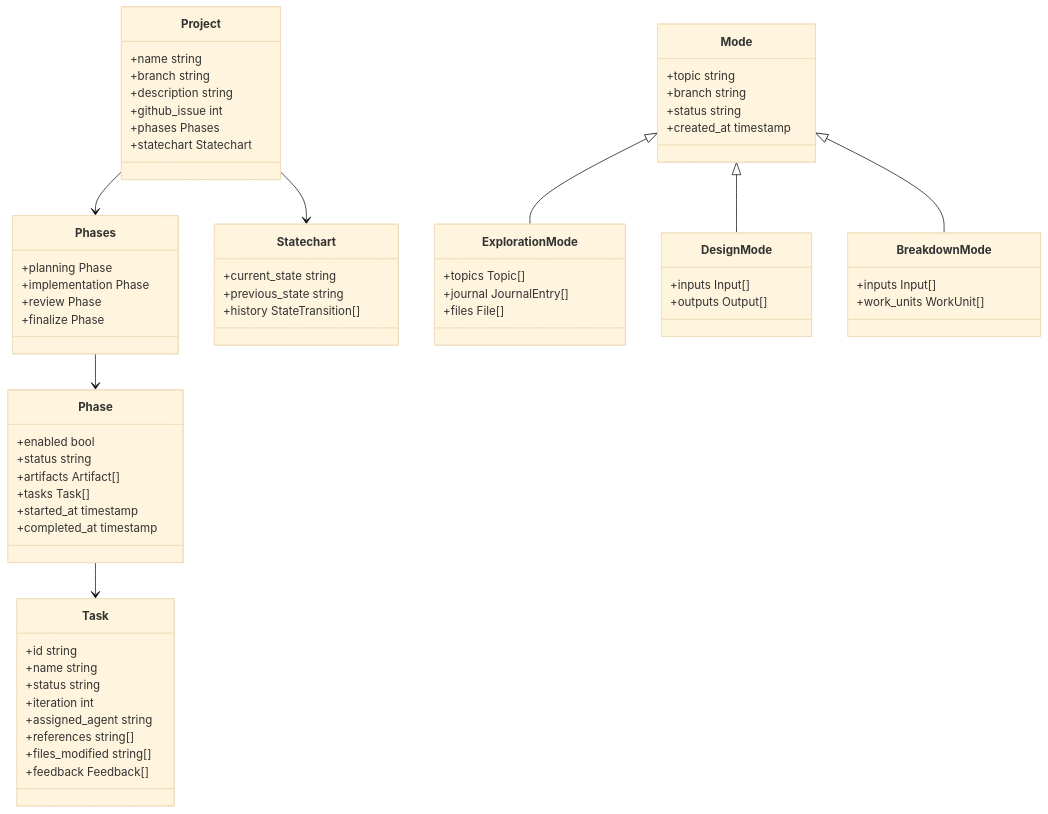
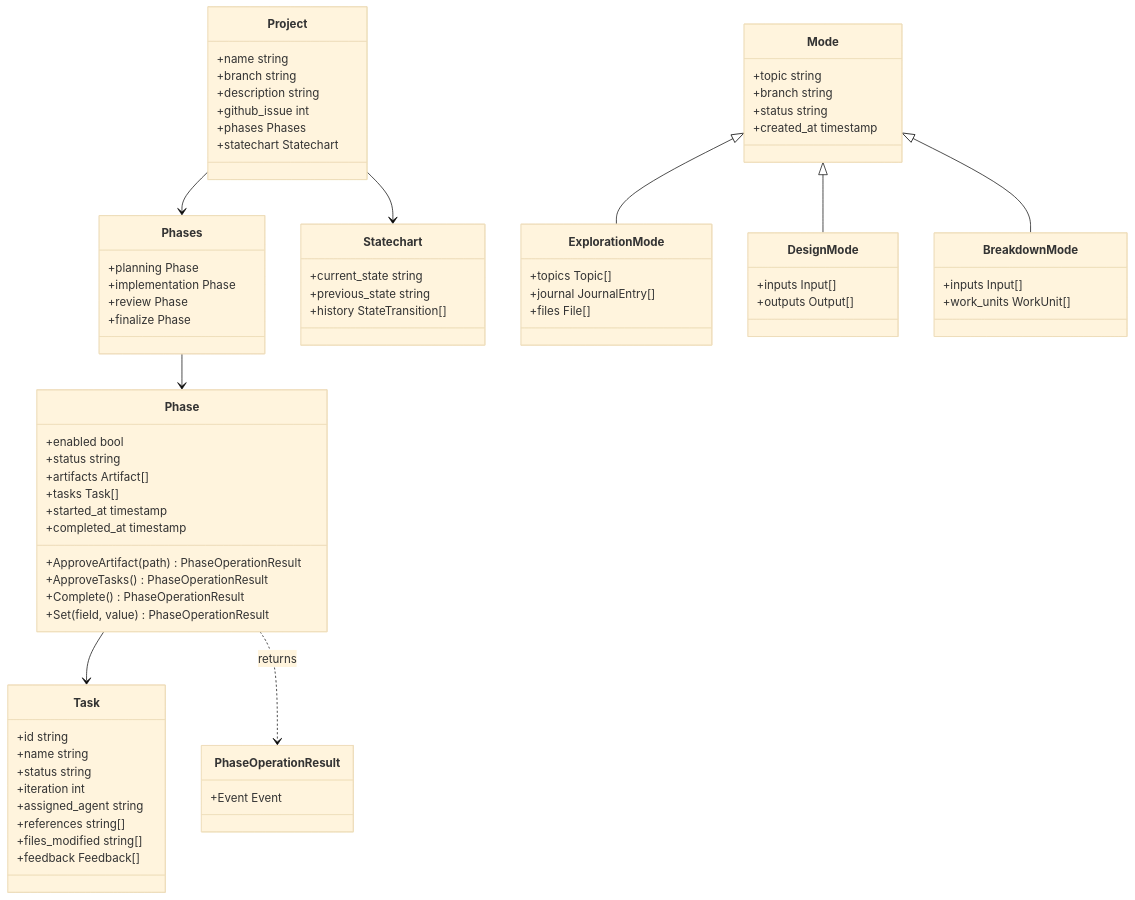
Before and after one commit to jmgilman/sow: the diagram in docs/architecture/08-crosscutting-concepts.md, drawn with Mermaid (base theme). The commit also changed other lines of this file and 62 other files, not shown here.

```diff
--- a/docs/architecture/08-crosscutting-concepts.md
+++ b/docs/architecture/08-crosscutting-concepts.md
@@ -29,6 +29,14 @@
         +tasks Task[]
         +started_at timestamp
         +completed_at timestamp
+        +ApproveArtifact(path) PhaseOperationResult
+        +ApproveTasks() PhaseOperationResult
+        +Complete() PhaseOperationResult
+        +Set(field, value) PhaseOperationResult
+    }
+
+    class PhaseOperationResult {
+        +Event Event
     }
 
     class Task {
@@ -75,6 +83,7 @@
     Project --> Statechart
     Phases --> Phase
     Phase --> Task
+    Phase ..> PhaseOperationResult : returns
     Mode <|-- ExplorationMode
     Mode <|-- DesignMode
     Mode <|-- BreakdownMode
```
